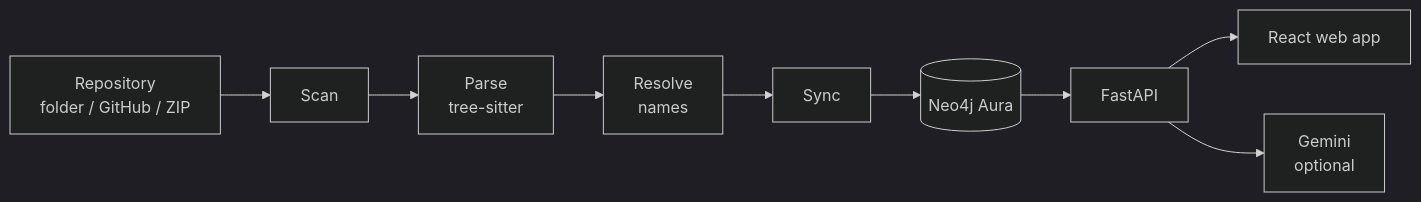
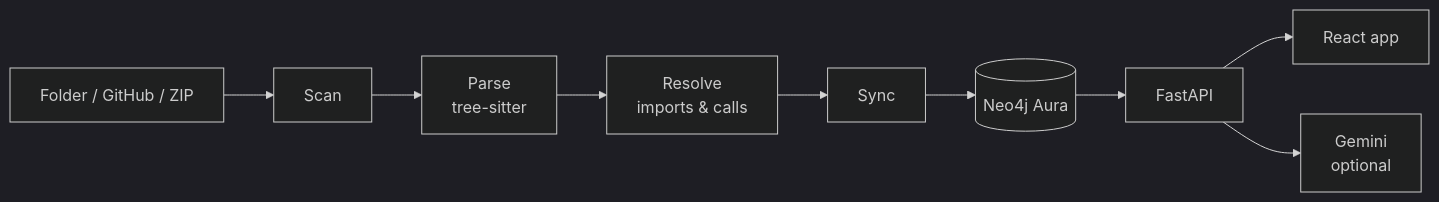
One commit to sainitishmitta04/CodeAtlas changed the second of 2 diagrams in README.md. Above: the diagram before and after it, drawn with Mermaid (dark theme). The commit also changed other lines of this file and 4 other files, not shown here.

````diff
--- a/README.md
+++ b/README.md
@@ -144,11 +154,11 @@
 ```mermaid
 graph LR
-    S[Repository<br/>folder / GitHub / ZIP] --> A[Scan]
+    S[Folder / GitHub / ZIP] --> A[Scan]
     A --> B[Parse<br/>tree-sitter]
-    B --> R[Resolve<br/>names]
+    B --> R[Resolve<br/>imports & calls]
     R --> Y[Sync]
     Y --> N[(Neo4j Aura)]
     N --> API[FastAPI]
-    API --> UI[React web app]
+    API --> UI[React app]
     API --> G[Gemini<br/>optional]
 ```
````
